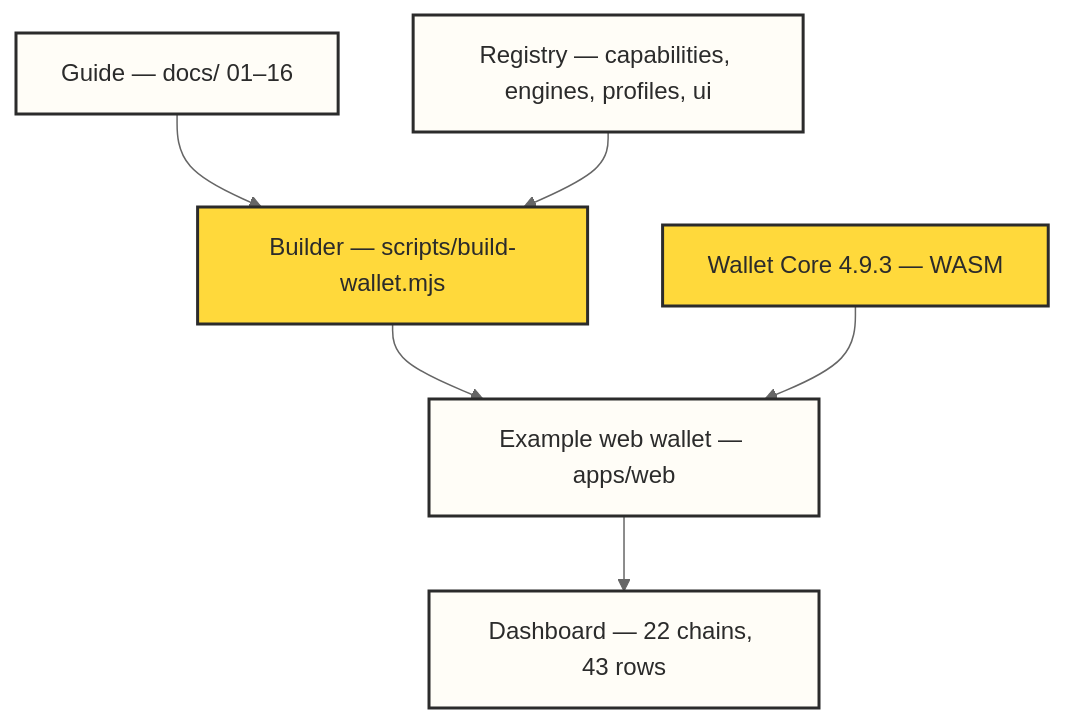
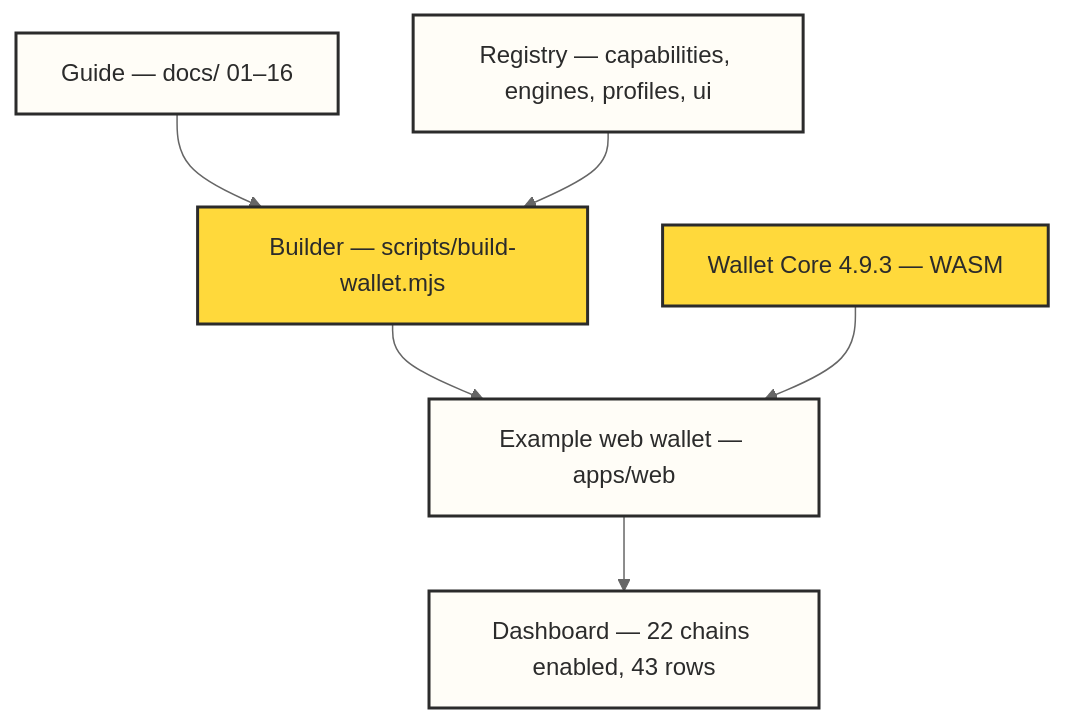
The first of 3 diagrams in docs/HOW-IT-WORKS.md (Pr3eve6ti2o/bawa), drawn with Mermaid (neutral theme) before and after one commit. The commit also changed other lines of this file and 136 other files, not shown here.

````diff
--- a/docs/HOW-IT-WORKS.md
+++ b/docs/HOW-IT-WORKS.md
@@ -38,19 +38,19 @@
 ```mermaid
 flowchart TB
     accTitle: Bawa system map
-    accDescr: The guide and registry build the example web wallet, which runs on Trust Wallet Core and opens on a dashboard with 22 chains.
+    accDescr: The guide and registry build the example web wallet, which runs on Trust Wallet Core and opens on a dashboard with 22 chains enabled by default.
 
     guide["Guide — docs/ 01–16"] --> builder["Builder — scripts/build-wallet.mjs"]
     registry["Registry — capabilities, engines, profiles, ui"] --> builder
     builder --> webwallet["Example web wallet — apps/web"]
     core["Wallet Core 4.9.3 — WASM"] --> webwallet
-    webwallet --> dashboard["Dashboard — 22 chains, 43 rows"]
+    webwallet --> dashboard["Dashboard — 22 chains enabled, 43 rows"]
 
     classDef guide fill:#FFFDF7,stroke:#2B2B2B,stroke-width:2px,color:#2B2B2B
     classDef sun fill:#FFD93B,stroke:#2B2B2B,stroke-width:2px,color:#2B2B2B
     classDef plain fill:#FFFDF7,stroke:#2B2B2B,stroke-width:2px,color:#2B2B2B
 
     class guide,registry guide
     class builder,core sun
     class webwallet,dashboard plain
 ```
````
